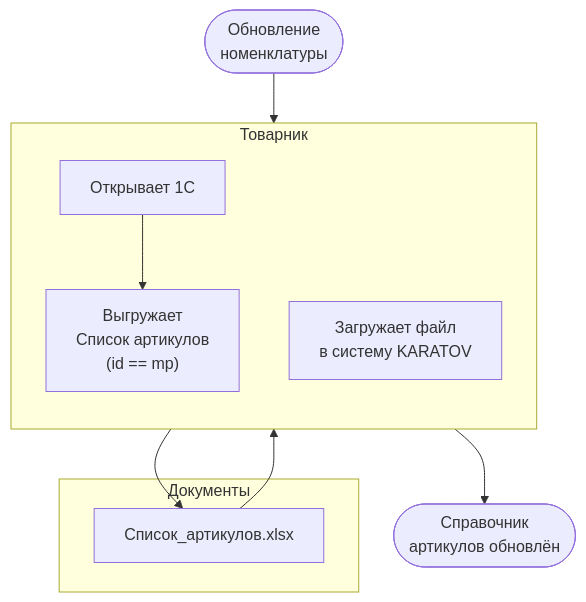
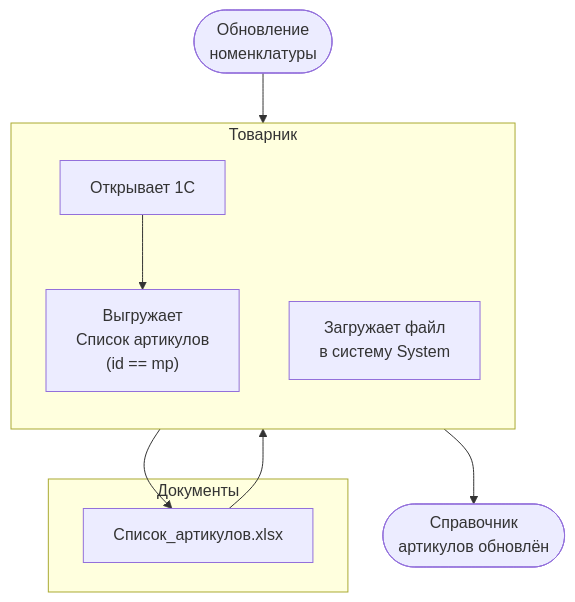
Before and after one commit to ITSalt/NaCl: the diagram in nacl-migrate-core/tests/fixtures/frontmatter/ba/workflows/BP-001-workflow.md, drawn with Mermaid. The commit also changed other lines of this file and 36 other files, not shown here.

````diff
--- a/nacl-migrate-core/tests/fixtures/frontmatter/ba/workflows/BP-001-workflow.md
+++ b/nacl-migrate-core/tests/fixtures/frontmatter/ba/workflows/BP-001-workflow.md
@@ -25,19 +25,19 @@
 ```mermaid
 flowchart TD
     subgraph ACTORS["Товарник"]
         direction TB
         S02["Открывает 1С"]
         S03["Выгружает\nСписок артикулов\n(id == mp)"]
-        S04["Загружает файл\nв систему KARATOV"]
+        S04["Загружает файл\nв систему System"]
     end
 
     subgraph DOCS["Документы"]
         D1["Список_артикулов.xlsx"]
     end
 
     START([Обновление\nноменклатуры]) --> S02
     S02 --> S03
     S03 --> D1
     D1 --> S04
     S04 --> END([Справочник\nартикулов обновлён])
 ```
````
